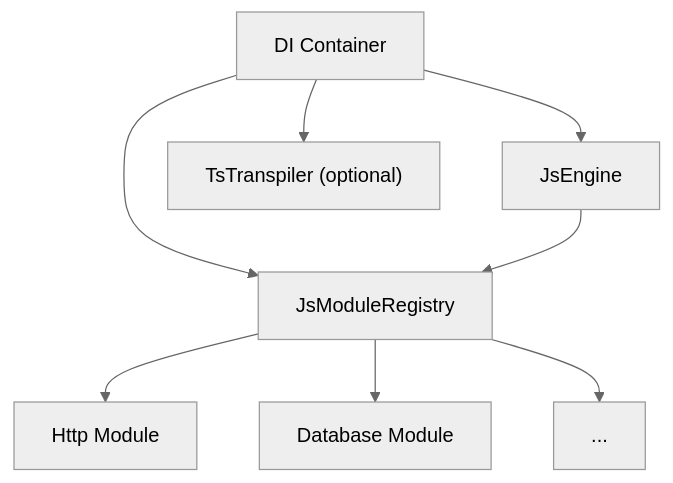
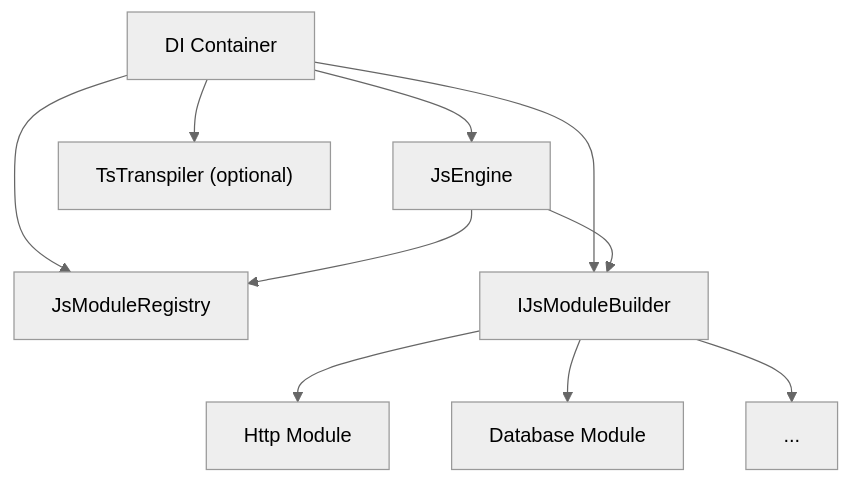
One commit to cocoar-dev/Cocoar.JsEval changed the first of 2 diagrams in website/guide/architecture.md. Above: the diagram before and after it, drawn with Mermaid (neutral theme). The commit also changed other lines of this file and 2 other files, not shown here.

First line of the commit message:
docs: bring website changelog + architecture/engine guides up to v4.1

````diff
--- a/website/guide/architecture.md
+++ b/website/guide/architecture.md
@@ -7,10 +7,12 @@
 ```mermaid
 graph TD
     DI["DI Container"] --> JE["JsEngine"]
     DI --> MR["JsModuleRegistry"]
+    DI --> MB["IJsModuleBuilder"]
     DI --> TS["TsTranspiler (optional)"]
     JE --> MR
-    MR --> M1["Http Module"]
-    MR --> M2["Database Module"]
-    MR --> M3["..."]
+    JE --> MB
+    MB --> M1["Http Module"]
+    MB --> M2["Database Module"]
+    MB --> M3["..."]
 ```
````
